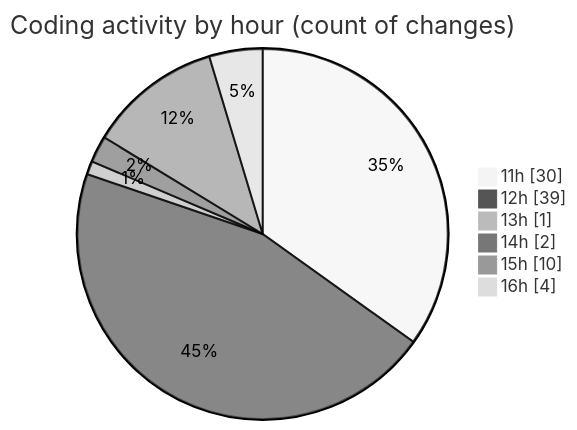
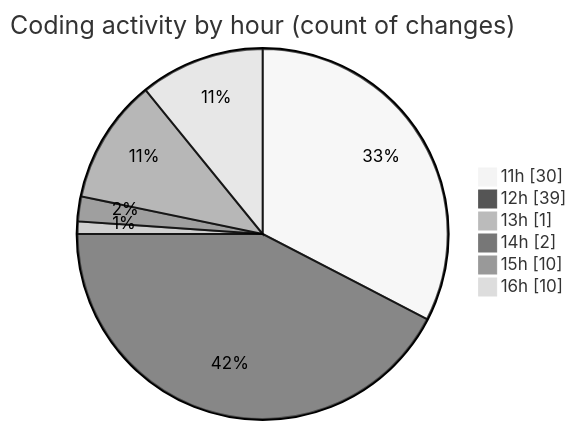
One commit to nxtqubesakshisongat/code-tracking changed the second of 2 diagrams in 2025-07-13/argos/README.md. Above: the diagram before and after it, drawn with Mermaid (neutral theme). The commit also changed other lines of this file and 1 other file, not shown here.

````diff
--- a/2025-07-13/argos/README.md
+++ b/2025-07-13/argos/README.md
@@ -31,10 +31,10 @@
 ```mermaid
 pie showData
 title Coding activity by hour (count of changes)
 "11h" : 30
 "12h" : 39
 "13h" : 1
 "14h" : 2
 "15h" : 10
-"16h" : 4
+"16h" : 10
 ```
````
